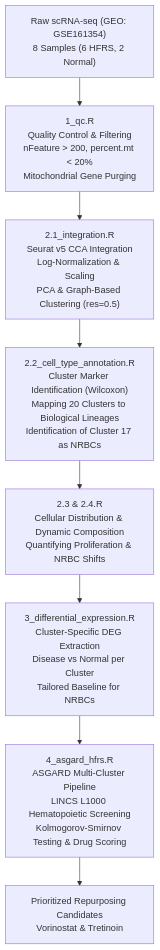
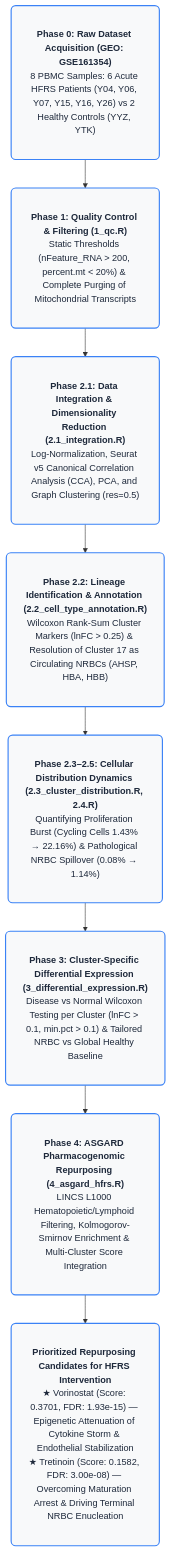
The diagram in README.md (Soash/HFRS-scRNA-Drug-Repurposing), drawn with Mermaid before and after one commit.

````diff
--- a/README.md
+++ b/README.md
@@ -51,10 +51,13 @@
 ```mermaid
 flowchart TD
-    A["Raw scRNA-seq (GEO: GSE161354)<br/>8 Samples (6 HFRS, 2 Normal)"] --> B["1_qc.R<br/>Quality Control & Filtering<br/>nFeature > 200, percent.mt < 20%<br/>Mitochondrial Gene Purging"]
-    B --> C["2.1_integration.R<br/>Seurat v5 CCA Integration<br/>Log-Normalization & Scaling<br/>PCA & Graph-Based Clustering (res=0.5)"]
-    C --> D["2.2_cell_type_annotation.R<br/>Cluster Marker Identification (Wilcoxon)<br/>Mapping 20 Clusters to Biological Lineages<br/>Identification of Cluster 17 as NRBCs"]
-    D --> E["2.3 & 2.4.R<br/>Cellular Distribution & Dynamic Composition<br/>Quantifying Proliferation & NRBC Shifts"]
-    E --> F["3_differential_expression.R<br/>Cluster-Specific DEG Extraction<br/>Disease vs Normal per Cluster<br/>Tailored Baseline for NRBCs"]
-    F --> G["4_asgard_hfrs.R<br/>ASGARD Multi-Cluster Pipeline<br/>LINCS L1000 Hematopoietic Screening<br/>Kolmogorov-Smirnov Testing & Drug Scoring"]
-    G --> H["Prioritized Repurposing Candidates<br/>Vorinostat & Tretinoin"]
+    classDef wideBox fill:#f8f9fa,stroke:#3b82f6,stroke-width:2px,color:#1e293b,rx:8px,ry:8px,min-width:460px,padding:14px 20px
+
+    A["<b>Phase 0: Raw Dataset Acquisition (GEO: GSE161354)</b><br/>8 PBMC Samples: 6 Acute HFRS Patients (Y04, Y06, Y07, Y15, Y16, Y26) vs 2 Healthy Controls (YYZ, YTK)"]:::wideBox
+    --> B["<b>Phase 1: Quality Control & Filtering (1_qc.R)</b><br/>Static Thresholds (nFeature_RNA > 200, percent.mt < 20%) & Complete Purging of Mitochondrial Transcripts"]:::wideBox
+    --> C["<b>Phase 2.1: Data Integration & Dimensionality Reduction (2.1_integration.R)</b><br/>Log-Normalization, Seurat v5 Canonical Correlation Analysis (CCA), PCA, and Graph Clustering (res=0.5)"]:::wideBox
+    --> D["<b>Phase 2.2: Lineage Identification & Annotation (2.2_cell_type_annotation.R)</b><br/>Wilcoxon Rank-Sum Cluster Markers (lnFC > 0.25) & Resolution of Cluster 17 as Circulating NRBCs (AHSP, HBA, HBB)"]:::wideBox
+    --> E["<b>Phase 2.3–2.5: Cellular Distribution Dynamics (2.3_cluster_distribution.R, 2.4.R)</b><br/>Quantifying Proliferation Burst (Cycling Cells 1.43% → 22.16%) & Pathological NRBC Spillover (0.08% → 1.14%)"]:::wideBox
+    --> F["<b>Phase 3: Cluster-Specific Differential Expression (3_differential_expression.R)</b><br/>Disease vs Normal Wilcoxon Testing per Cluster (lnFC > 0.1, min.pct > 0.1) & Tailored NRBC vs Global Healthy Baseline"]:::wideBox
+    --> G["<b>Phase 4: ASGARD Pharmacogenomic Repurposing (4_asgard_hfrs.R)</b><br/>LINCS L1000 Hematopoietic/Lymphoid Filtering, Kolmogorov-Smirnov Enrichment & Multi-Cluster Score Integration"]:::wideBox
+    --> H["<b>Prioritized Repurposing Candidates for HFRS Intervention</b><br/>★ Vorinostat (Score: 0.3701, FDR: 1.93e-15) — Epigenetic Attenuation of Cytokine Storm & Endothelial Stabilization<br/>★ Tretinoin (Score: 0.1582, FDR: 3.00e-08) — Overcoming Maturation Arrest & Driving Terminal NRBC Enucleation"]:::wideBox
 ```
````
